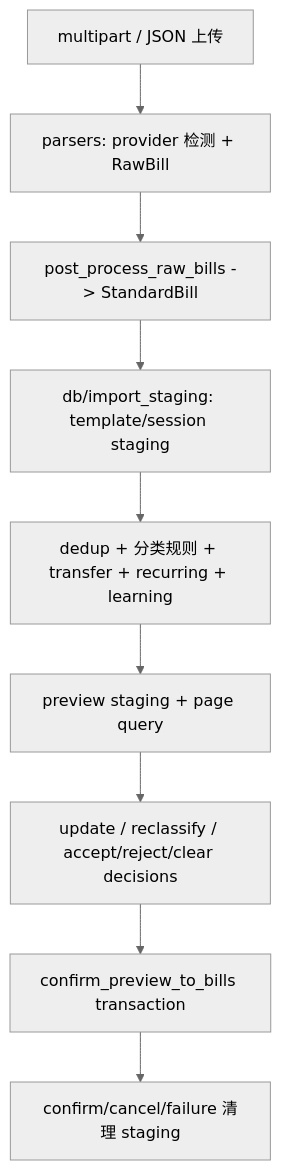
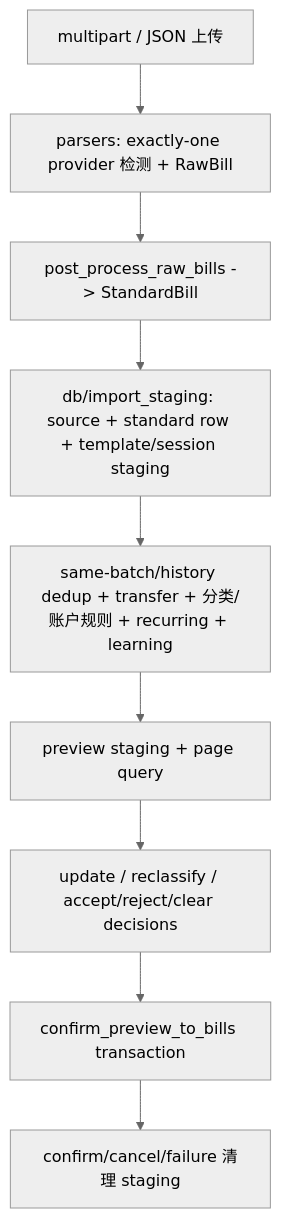
The third of 4 diagrams in docs/backend-map.md (hcy0317/bill_analyser), drawn with Mermaid (neutral theme) before and after one commit. The commit also changed other lines of this file and 252 other files, not shown here.

````diff
--- a/docs/backend-map.md
+++ b/docs/backend-map.md
@@ -67,11 +71,11 @@
 ```mermaid
 flowchart TD
-  Upload["multipart / JSON 上传"] --> Parse["parsers: provider 检测 + RawBill"]
+  Upload["multipart / JSON 上传"] --> Parse["parsers: exactly-one provider 检测 + RawBill"]
   Parse --> Standard["post_process_raw_bills -> StandardBill"]
-  Standard --> Template["db/import_staging: template/session staging"]
-  Template --> Decisions["dedup + 分类规则 + transfer + recurring + learning"]
+  Standard --> Template["db/import_staging: source + standard row + template/session staging"]
+  Template --> Decisions["same-batch/history dedup + transfer + 分类/账户规则 + recurring + learning"]
   Decisions --> Preview["preview staging + page query"]
   Preview --> Mutations["update / reclassify / accept/reject/clear decisions"]
   Mutations --> Confirm["confirm_preview_to_bills transaction"]
   Confirm --> Cleanup["confirm/cancel/failure 清理 staging"]
 ```
````
